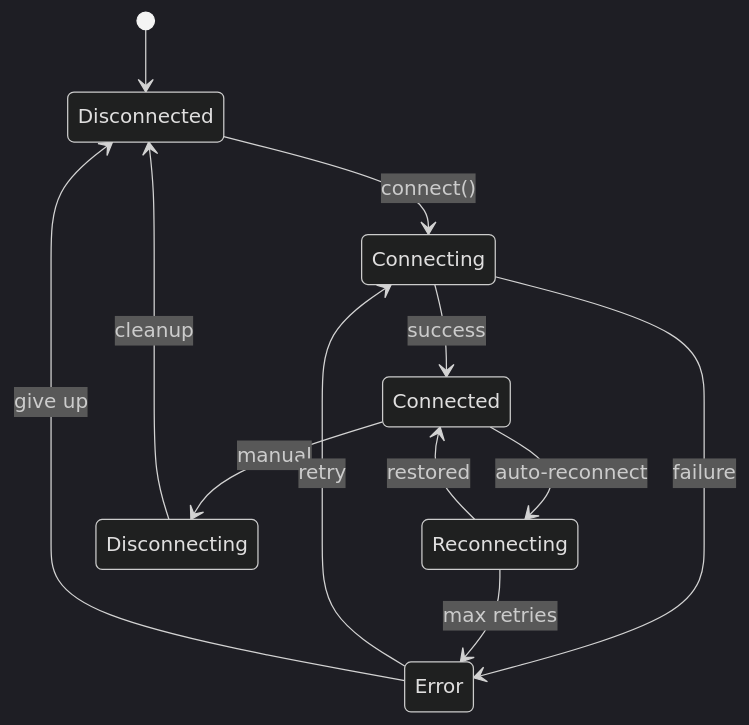
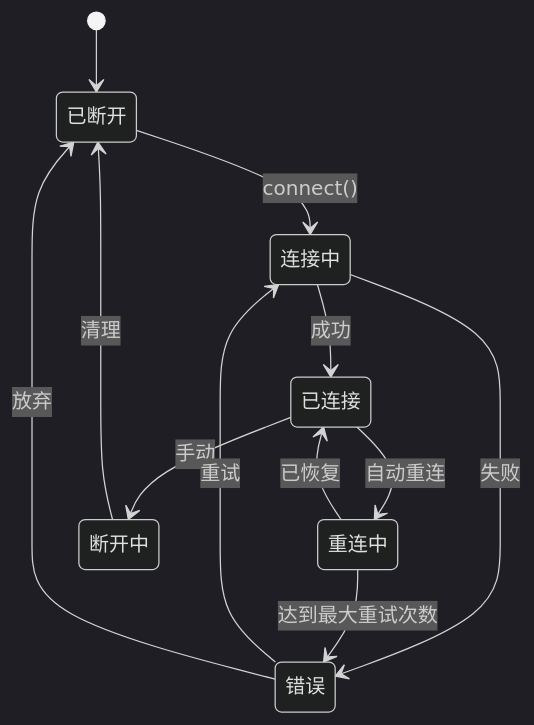
Before and after one commit to a576378368/openclaw_docs: the diagram in docs/zh/architecture-book/part-5-channels/02-channel-abstract.md, drawn with Mermaid (dark theme). The commit also changed other lines of this file and 13 other files, not shown here.

````diff
--- a/docs/zh/architecture-book/part-5-channels/02-channel-abstract.md
+++ b/docs/zh/architecture-book/part-5-channels/02-channel-abstract.md
@@ -185,19 +185,19 @@
 ```mermaid
 stateDiagram-v2
-    [*] --> Disconnected
+    [*] --> 已断开
 
-    Disconnected --> Connecting: connect()
-    Connecting --> Connected: success
-    Connecting --> Error: failure
+    已断开 --> 连接中: connect()
+    连接中 --> 已连接: 成功
+    连接中 --> 错误: 失败
 
-    Connected --> Reconnecting: auto-reconnect
-    Connected --> Disconnecting: manual
+    已连接 --> 重连中: 自动重连
+    已连接 --> 断开中: 手动
 
-    Reconnecting --> Connected: restored
-    Reconnecting --> Error: max retries
+    重连中 --> 已连接: 已恢复
+    重连中 --> 错误: 达到最大重试次数
 
-    Error --> Connecting: retry
-    Error --> Disconnected: give up
+    错误 --> 连接中: 重试
+    错误 --> 已断开: 放弃
 
-    Disconnecting --> Disconnected: cleanup
+    断开中 --> 已断开: 清理
 ```
````
